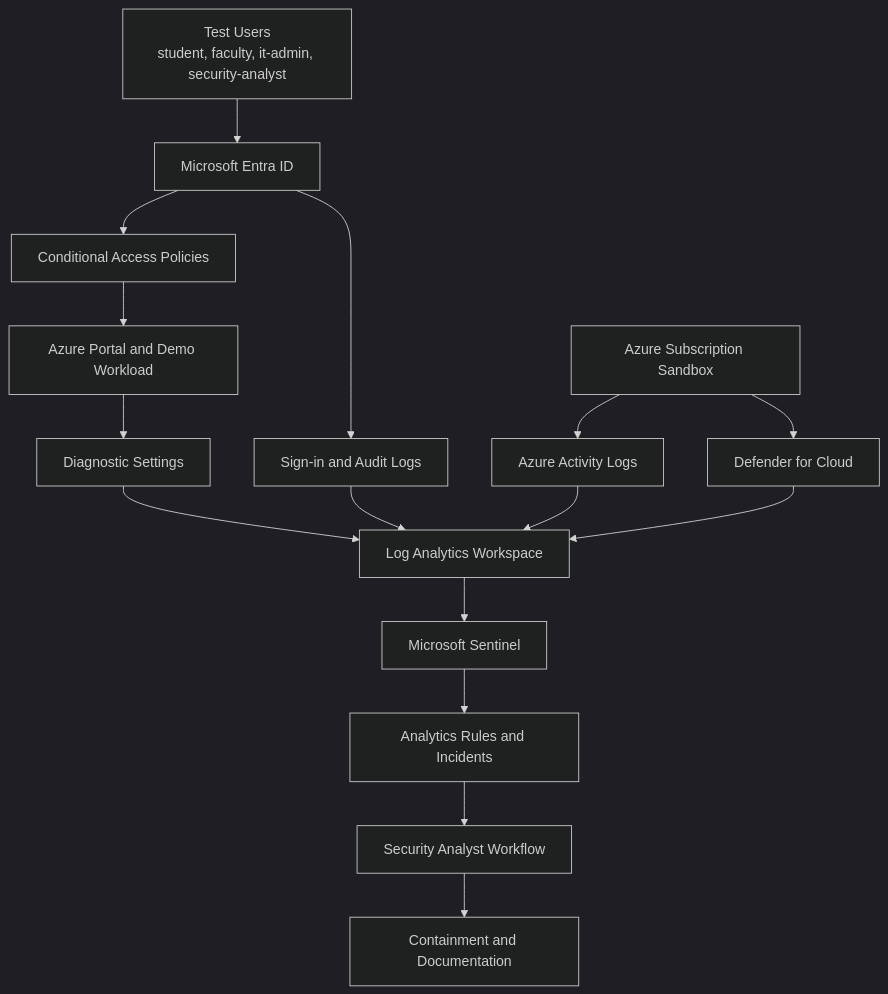
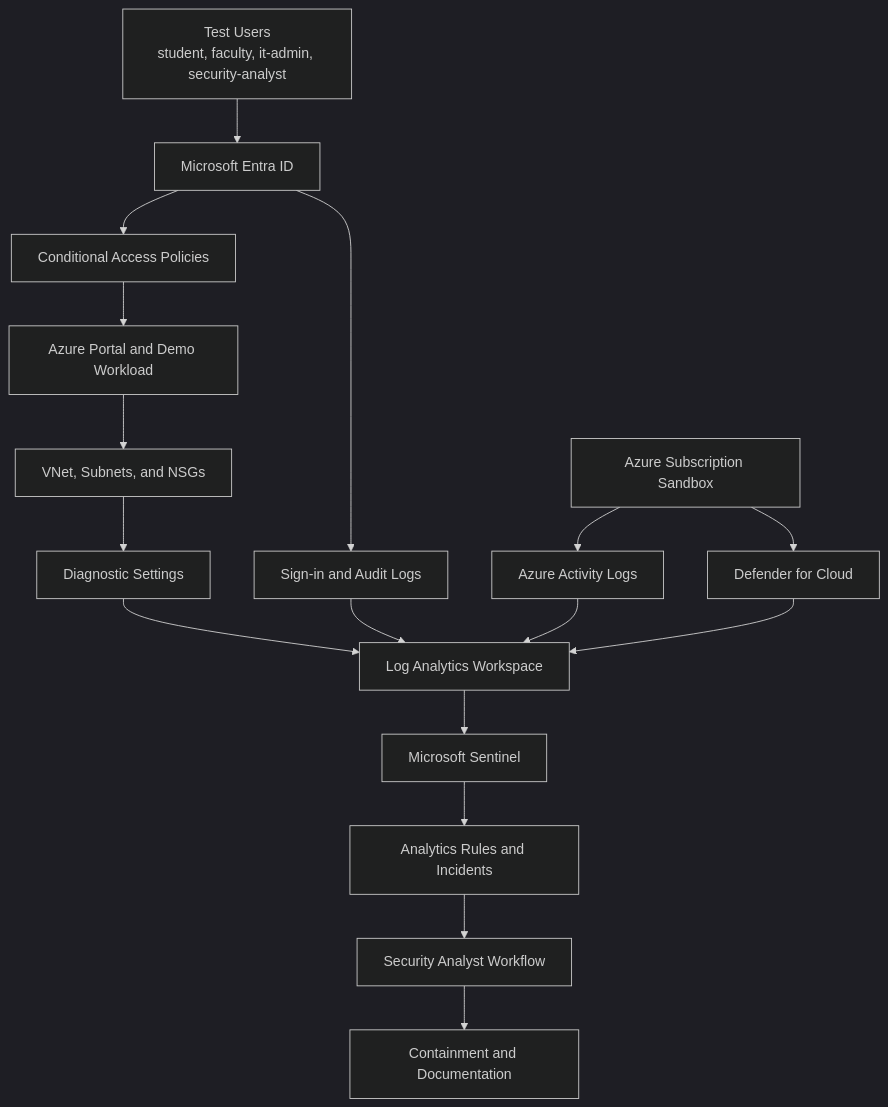
The diagram in projects/01-cloud-security-lab/docs/architecture.md (QueenKM/microsoft-cloud-security-portfolio), drawn with Mermaid (dark theme) before and after one commit. The commit also changed other lines of this file and 9 other files, not shown here.

````diff
--- a/projects/01-cloud-security-lab/docs/architecture.md
+++ b/projects/01-cloud-security-lab/docs/architecture.md
@@ -17,18 +17,19 @@
 ```mermaid
 flowchart TD
     Users["Test Users<br/>student, faculty, it-admin, security-analyst"] --> Entra["Microsoft Entra ID"]
     Entra --> CA["Conditional Access Policies"]
     Entra --> Signin["Sign-in and Audit Logs"]
     CA --> Apps["Azure Portal and Demo Workload"]
-    Apps --> Diag["Diagnostic Settings"]
+    Apps --> Net["VNet, Subnets, and NSGs"]
+    Net --> Diag["Diagnostic Settings"]
     Diag --> LA["Log Analytics Workspace"]
     Signin --> LA
     Azure["Azure Subscription Sandbox"] --> Defender["Defender for Cloud"]
     Azure --> Activity["Azure Activity Logs"]
     Activity --> LA
     Defender --> LA
     LA --> Sentinel["Microsoft Sentinel"]
     Sentinel --> Rules["Analytics Rules and Incidents"]
     Rules --> Analyst["Security Analyst Workflow"]
     Analyst --> Response["Containment and Documentation"]
 ```
````
